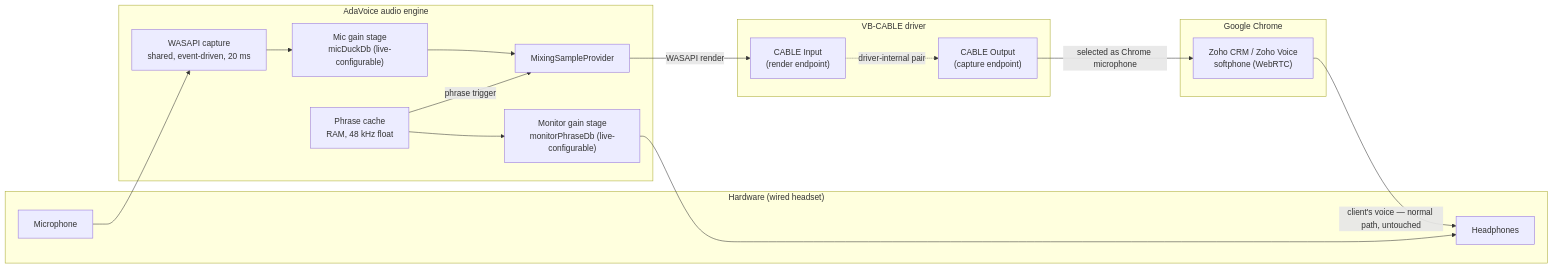
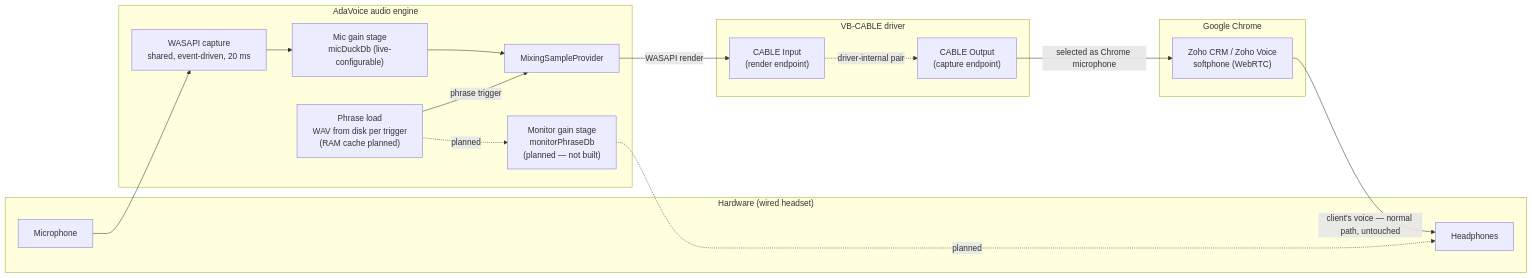
One commit to olehserv/ada-voice changed the diagram in docs/design/02-audio-routing.md. Above: the diagram before and after it, drawn with Mermaid. The commit also changed other lines of this file and 48 other files, not shown here.

````diff
--- a/docs/design/02-audio-routing.md
+++ b/docs/design/02-audio-routing.md
@@ -32,32 +32,32 @@
 ```mermaid
 flowchart LR
     subgraph HW["Hardware (wired headset)"]
         MIC["Microphone"]
         HP["Headphones"]
     end
 
     subgraph APP["AdaVoice audio engine"]
         CAP["WASAPI capture<br/>shared, event-driven, 20 ms"]
         DUCK["Mic gain stage<br/>micDuckDb (live-configurable)"]
-        CACHE["Phrase cache<br/>RAM, 48 kHz float"]
+        LOAD["Phrase load<br/>WAV from disk per trigger<br/>(RAM cache planned)"]
         MIX["MixingSampleProvider"]
-        MON["Monitor gain stage<br/>monitorPhraseDb (live-configurable)"]
+        MON["Monitor gain stage<br/>monitorPhraseDb<br/>(planned — not built)"]
     end
 
     subgraph VBC["VB-CABLE driver"]
         CIN["CABLE Input<br/>(render endpoint)"]
         COUT["CABLE Output<br/>(capture endpoint)"]
     end
 
     subgraph CHR["Google Chrome"]
         ZV["Zoho CRM / Zoho Voice<br/>softphone (WebRTC)"]
     end
 
     MIC --> CAP --> DUCK --> MIX
-    CACHE -->|"phrase trigger"| MIX
+    LOAD -->|"phrase trigger"| MIX
     MIX -->|"WASAPI render"| CIN
     CIN -.->|"driver-internal pair"| COUT
     COUT -->|"selected as Chrome microphone"| ZV
-    CACHE --> MON --> HP
+    LOAD -.->|"planned"| MON -.->|"planned"| HP
     ZV -->|"client's voice — normal path, untouched"| HP
 ```
````
